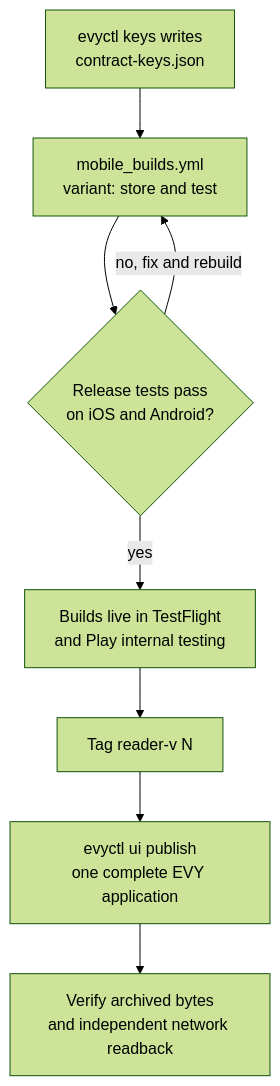
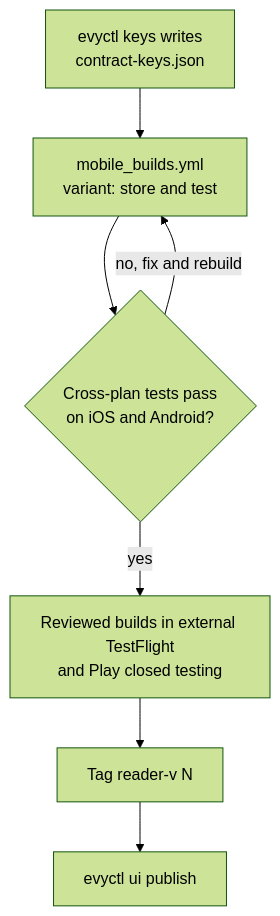
The second of 2 diagrams in 2-evy-on-freenet/10-testing-and-release.md (EVY-Platform/evy-freenet-plans), drawn with Mermaid (forest theme) before and after one commit. The commit also changed other lines of this file and 34 other files, not shown here.

````diff
--- a/2-evy-on-freenet/10-testing-and-release.md
+++ b/2-evy-on-freenet/10-testing-and-release.md
@@ -198,10 +139,9 @@
 ```mermaid
 flowchart TD
     K[evyctl keys writes<br>contract-keys.json] --> B[mobile_builds.yml<br>variant: store and test]
-    B --> T{Release tests pass<br>on iOS and Android?}
+    B --> T{Cross-plan tests pass<br>on iOS and Android?}
     T -- no, fix and rebuild --> B
-    T -- yes --> S[Builds live in TestFlight<br>and Play internal testing]
+    T -- yes --> S[Reviewed builds in external TestFlight<br>and Play closed testing]
     S --> R[Tag reader-v N]
-    R --> U[evyctl ui publish<br>one complete EVY application]
-    U --> D[Verify archived bytes<br>and independent network readback]
+    R --> U[evyctl ui publish]
 ```
````
